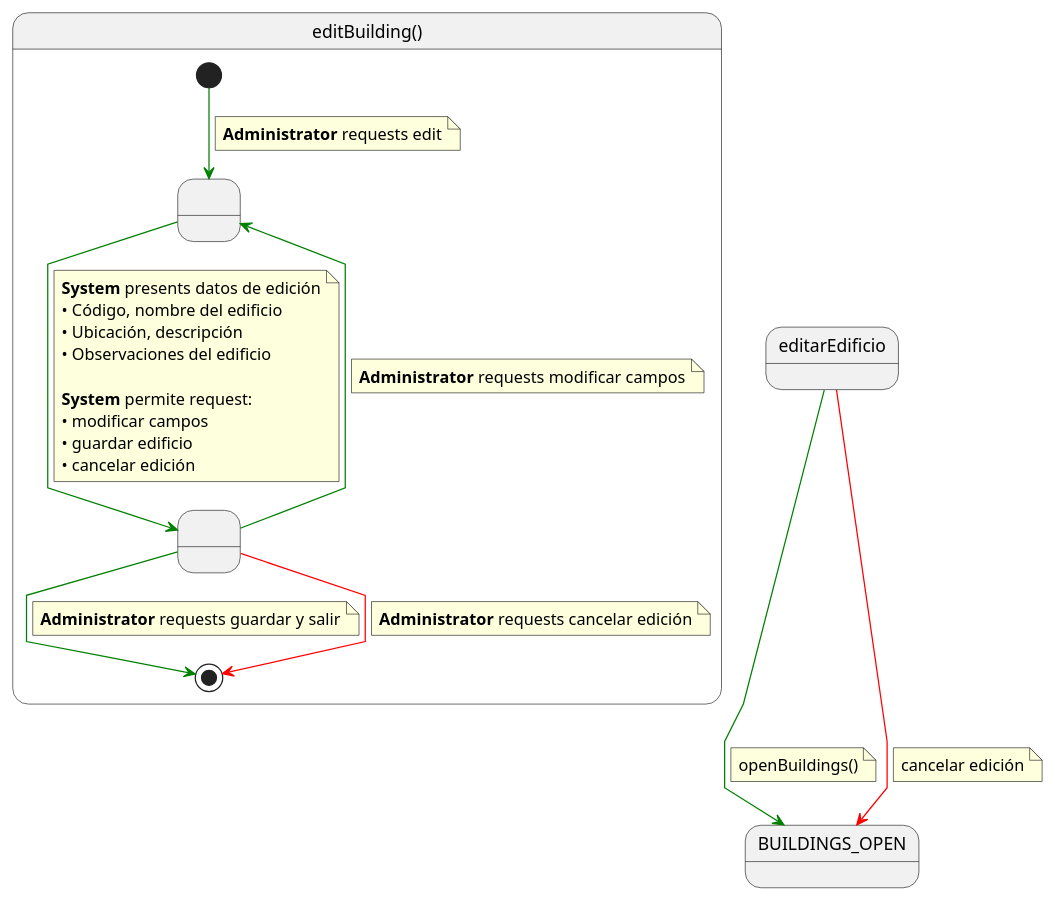
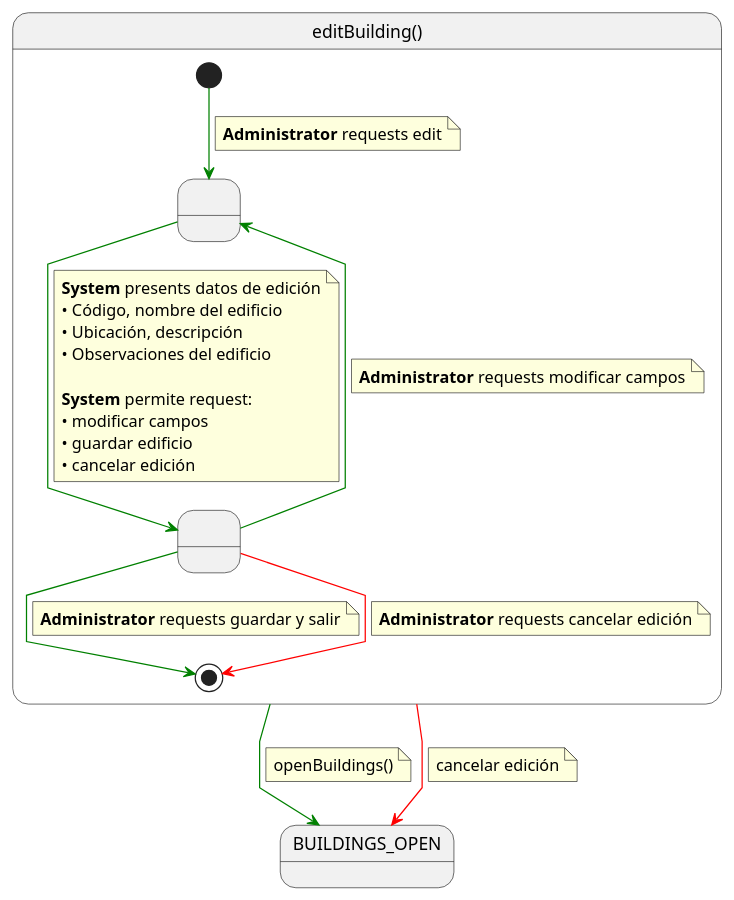
The diagram in RUP/00-casos-uso/02-detalle/editarEdificio/especificacion.puml (mmasias/pySigHor), drawn with PlantUML before and after one commit. The commit also changed 22 other files, not shown here.

```diff
--- a/RUP/00-casos-uso/02-detalle/editarEdificio/especificacion.puml
+++ b/RUP/00-casos-uso/02-detalle/editarEdificio/especificacion.puml
@@ -1,55 +1,55 @@
 @startuml editBuilding
 
 skinparam linetype polyline
 
 state editBuilding as "editBuilding()" {
 
     state " " as EditandoDatos
     state " " as SavingData 
 
     [*] -[#green]-> EditandoDatos 
     note on link
     <b>Administrator</b> requests edit
     end note    
     
     EditandoDatos -[#green]-> SavingData
     note on link
     <b>System</b> presents datos de edición
     • Código, nombre del edificio
     • Ubicación, descripción
     • Observaciones del edificio
     
     <b>System</b> permite request:
     • modificar campos
     • guardar edificio
     • cancelar edición
     end note
     
     SavingData -[#green]-> EditandoDatos
     note on link
     <b>Administrator</b> requests modificar campos
     end note
     
     SavingData -[#green]-> [*]
     note on link
     <b>Administrator</b> requests guardar y salir
     end note
 
     SavingData -[#red]-> [*]
     note on link
     <b>Administrator</b> requests cancelar edición
     end note
 
 }
 
-editarEdificio -[#green]-> BUILDINGS_OPEN
+editBuilding -[#green]-> BUILDINGS_OPEN
 note on link
 openBuildings()
 end note
 
-editarEdificio -[#red]-> BUILDINGS_OPEN
+editBuilding -[#red]-> BUILDINGS_OPEN
 note on link
 cancelar edición
 end note
 
 @enduml
```
